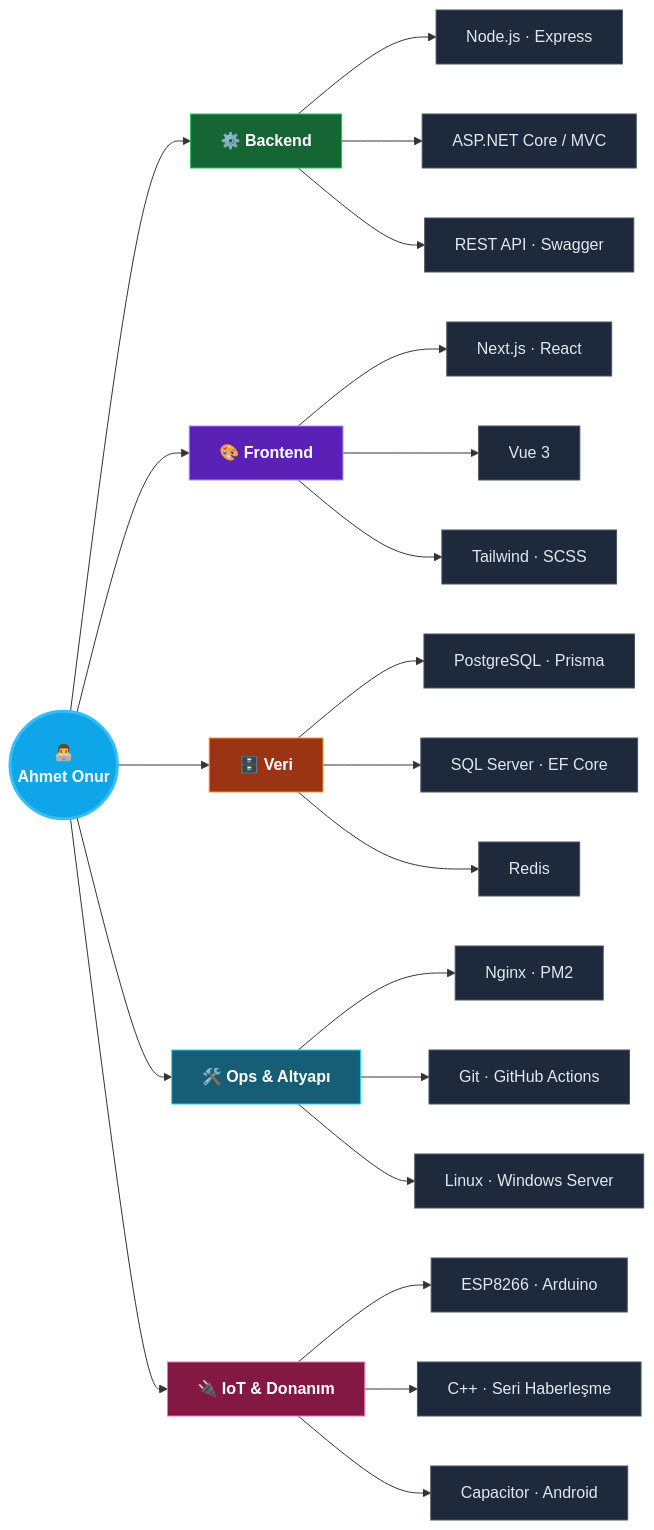
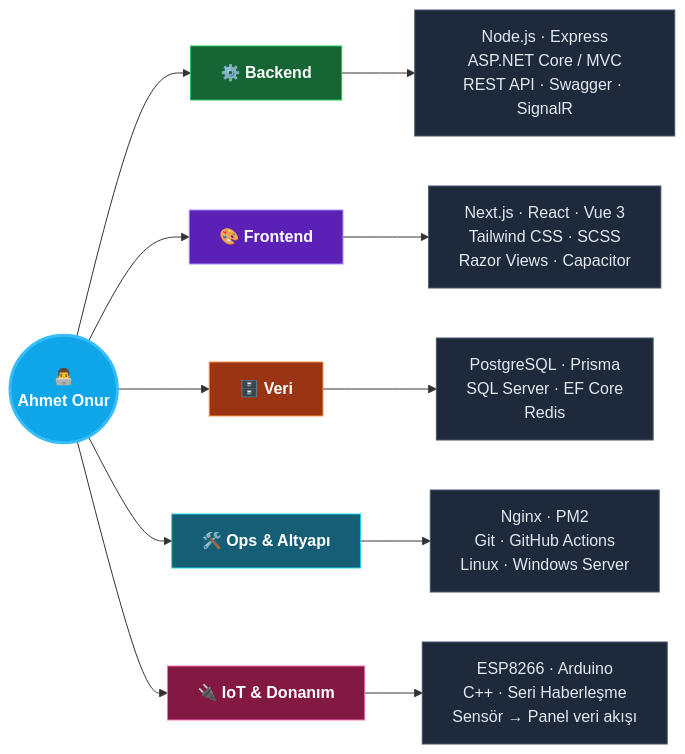
Before and after one commit to ahmetonurevis/ahmetonurevis: the first of 2 diagrams in README.md, drawn with Mermaid. The commit also changed other lines of this file, not shown here.

Commit message:
polish: mermaid diyagramlarini kompaktlastir
Yetenek haritasindaki 15 yaprak dugum 5'e indirildi, surec diyagrami
dikeyden yataya cevrildi. Ikisi de sayfayi domine etmiyor artik.

````diff
--- a/README.md
+++ b/README.md
@@ -78,38 +78,24 @@
 ```mermaid
 flowchart LR
     ME(("👨‍💻<br>Ahmet Onur")):::core
 
     ME --> BE["⚙️ Backend"]:::be
     ME --> FE["🎨 Frontend"]:::fe
     ME --> DB["🗄️ Veri"]:::db
     ME --> OPS["🛠️ Ops & Altyapı"]:::ops
     ME --> IOT["🔌 IoT & Donanım"]:::iot
 
-    BE  --> BE1["Node.js · Express"]:::leaf
-    BE  --> BE2["ASP.NET Core / MVC"]:::leaf
-    BE  --> BE3["REST API · Swagger"]:::leaf
-
-    FE  --> FE1["Next.js · React"]:::leaf
-    FE  --> FE2["Vue 3"]:::leaf
-    FE  --> FE3["Tailwind · SCSS"]:::leaf
-
-    DB  --> DB1["PostgreSQL · Prisma"]:::leaf
-    DB  --> DB2["SQL Server · EF Core"]:::leaf
-    DB  --> DB3["Redis"]:::leaf
-
-    OPS --> OP1["Nginx · PM2"]:::leaf
-    OPS --> OP2["Git · GitHub Actions"]:::leaf
-    OPS --> OP3["Linux · Windows Server"]:::leaf
-
-    IOT --> IO1["ESP8266 · Arduino"]:::leaf
-    IOT --> IO2["C++ · Seri Haberleşme"]:::leaf
-    IOT --> IO3["Capacitor · Android"]:::leaf
+    BE  --> BEX["Node.js · Express<br>ASP.NET Core / MVC<br>REST API · Swagger · SignalR"]:::leaf
+    FE  --> FEX["Next.js · React · Vue 3<br>Tailwind CSS · SCSS<br>Razor Views · Capacitor"]:::leaf
+    DB  --> DBX["PostgreSQL · Prisma<br>SQL Server · EF Core<br>Redis"]:::leaf
+    OPS --> OPX["Nginx · PM2<br>Git · GitHub Actions<br>Linux · Windows Server"]:::leaf
+    IOT --> IOX["ESP8266 · Arduino<br>C++ · Seri Haberleşme<br>Sensör → Panel veri akışı"]:::leaf
 
     classDef core fill:#0ea5e9,stroke:#38bdf8,stroke-width:3px,color:#fff,font-weight:bold
     classDef be   fill:#166534,stroke:#22c55e,color:#fff,font-weight:bold
     classDef fe   fill:#5b21b6,stroke:#a78bfa,color:#fff,font-weight:bold
     classDef db   fill:#9a3412,stroke:#fb923c,color:#fff,font-weight:bold
     classDef ops  fill:#155e75,stroke:#22d3ee,color:#fff,font-weight:bold
     classDef iot  fill:#831843,stroke:#f472b6,color:#fff,font-weight:bold
     classDef leaf fill:#1e293b,stroke:#475569,color:#e2e8f0
 ```
````
